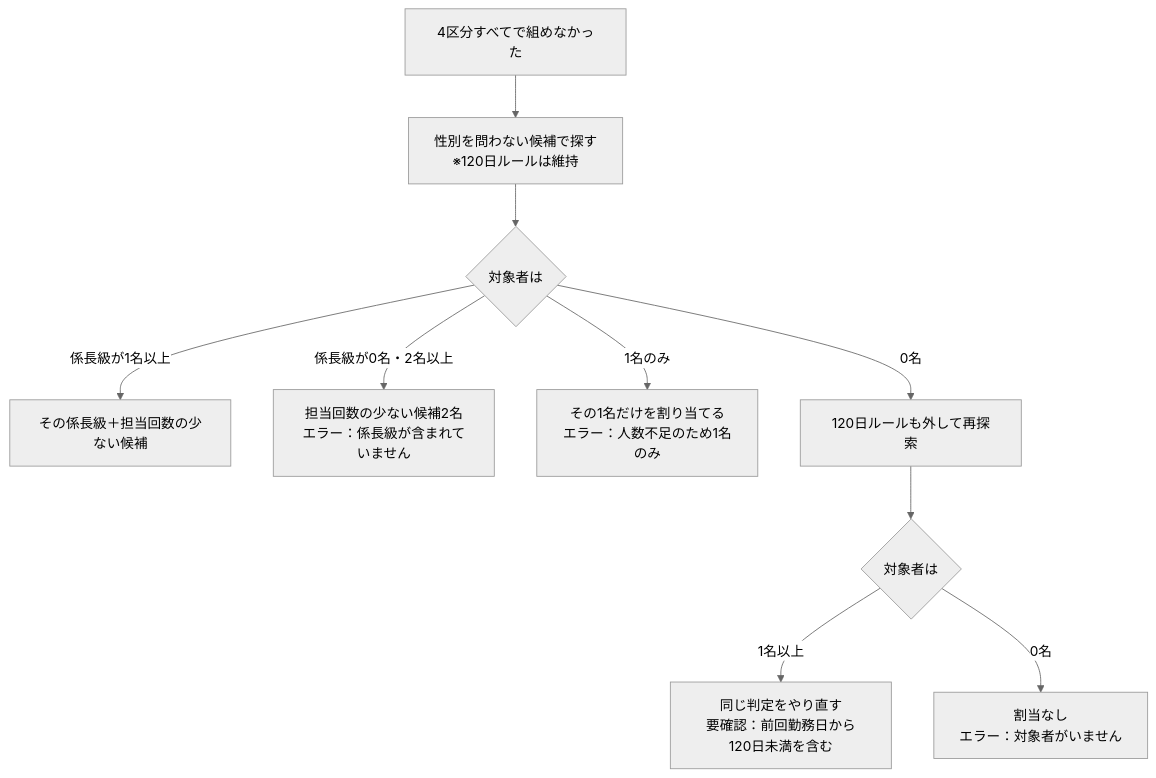
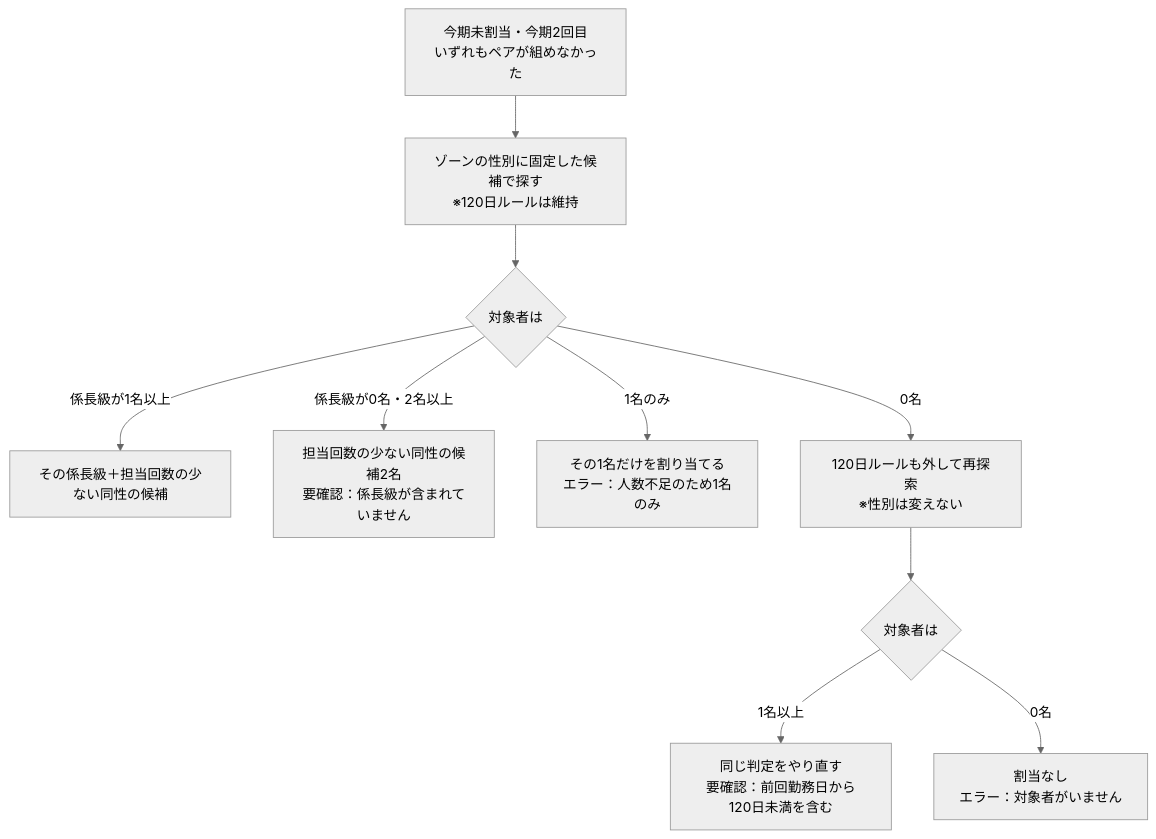
The fifth of 5 diagrams in docs/勤務表作成フロー.md (Yusei0003/2000), drawn with Mermaid (neutral theme) before and after one commit. The commit also changed other lines of this file and 6 other files, not shown here.

````diff
--- a/docs/勤務表作成フロー.md
+++ b/docs/勤務表作成フロー.md
@@ -160,12 +158,12 @@
 ```mermaid
 flowchart TD
-    A[4区分すべてで組めなかった] --> B[性別を問わない候補で探す<br/>※120日ルールは維持]
+    A[今期未割当・今期2回目<br/>いずれもペアが組めなかった] --> B[ゾーンの性別に固定した候補で探す<br/>※120日ルールは維持]
     B --> C{対象者は}
-    C -->|係長級が1名以上| D[その係長級＋担当回数の少ない候補]
-    C -->|係長級が0名・2名以上| E[担当回数の少ない候補2名<br/>エラー：係長級が含まれていません]
+    C -->|係長級が1名以上| D[その係長級＋担当回数の少ない同性の候補]
+    C -->|係長級が0名・2名以上| E[担当回数の少ない同性の候補2名<br/>要確認：係長級が含まれていません]
     C -->|1名のみ| F[その1名だけを割り当てる<br/>エラー：人数不足のため1名のみ]
-    C -->|0名| G[120日ルールも外して再探索]
+    C -->|0名| G[120日ルールも外して再探索<br/>※性別は変えない]
     G --> H{対象者は}
     H -->|1名以上| I[同じ判定をやり直す<br/>要確認：前回勤務日から120日未満を含む]
     H -->|0名| J[割当なし<br/>エラー：対象者がいません]
 ```
````
